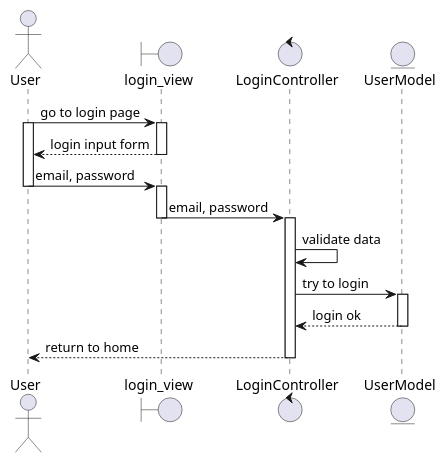
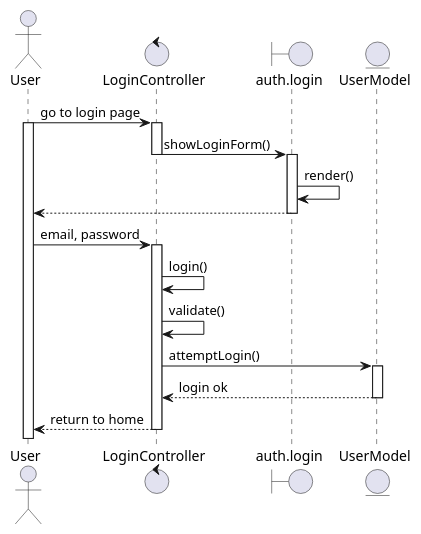
The diagram in documentss/auth/login.puml (tuanlvse294/CHome), drawn with PlantUML before and after one commit. The commit also changed 1 other file, not shown here.

```diff
--- a/documentss/auth/login.puml
+++ b/documentss/auth/login.puml
@@ -1,26 +1,27 @@
 @startuml
 actor User
-boundary login_view
 control LoginController
+boundary auth.login
 entity UserModel
 
-User -> login_view : go to login page
+User -> LoginController : go to login page
 activate User
-activate login_view
-login_view --> User : login input form
-deactivate login_view
-User -> login_view : email, password
-deactivate User
-activate login_view
-login_view -> LoginController: email, password
-deactivate login_view
 activate LoginController
-LoginController -> LoginController : validate data
-LoginController -> UserModel : try to login
+LoginController -> auth.login:showLoginForm()
+deactivate LoginController
+activate auth.login
+auth.login -> auth.login:render()
+auth.login --> User
+deactivate auth.login
+User -> LoginController: email, password
+activate LoginController
+LoginController -> LoginController : login()
+LoginController -> LoginController : validate()
+LoginController -> UserModel : attemptLogin()
 activate UserModel
 UserModel --> LoginController : login ok
 deactivate UserModel
 LoginController --> User: return to home
 deactivate LoginController
 
 @enduml
```
